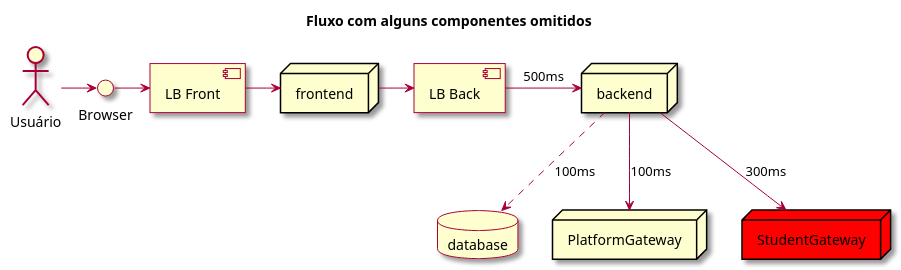
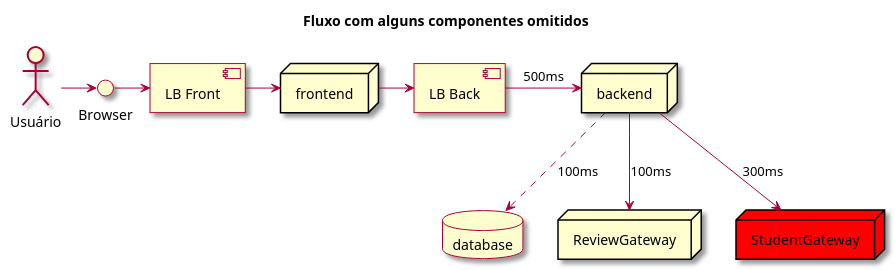
One commit to charlesardsilva/lecture-cache-content changed the diagram in docs/diagrams/request-sem-cdn.plantuml. Above: the diagram before and after it, drawn with PlantUML. The commit also changed 2 other files, not shown here.

```diff
--- a/docs/diagrams/request-sem-cdn.plantuml
+++ b/docs/diagrams/request-sem-cdn.plantuml
@@ -1,26 +1,26 @@
 @startuml
 
 skin rose
 
 Title: Fluxo com alguns componentes omitidos
 
 component "LB Front" as LBF
 component "LB Back" as LBB
 actor "Usuário" as actor
 database database
 interface "Browser" as browser
 node frontend
 node backend
-node outroBackend as "PlatformGateway"
+node outroBackend as "ReviewGateway"
 node outroBackend2 as "StudentGateway" #red
 
 actor -> browser
 browser -> LBF
 LBF -> frontend
 frontend -> LBB
 LBB -> backend : 500ms
 backend --> outroBackend: 100ms
 backend --> outroBackend2 : 300ms
 backend ..> database: 100ms
 
 @enduml
```
